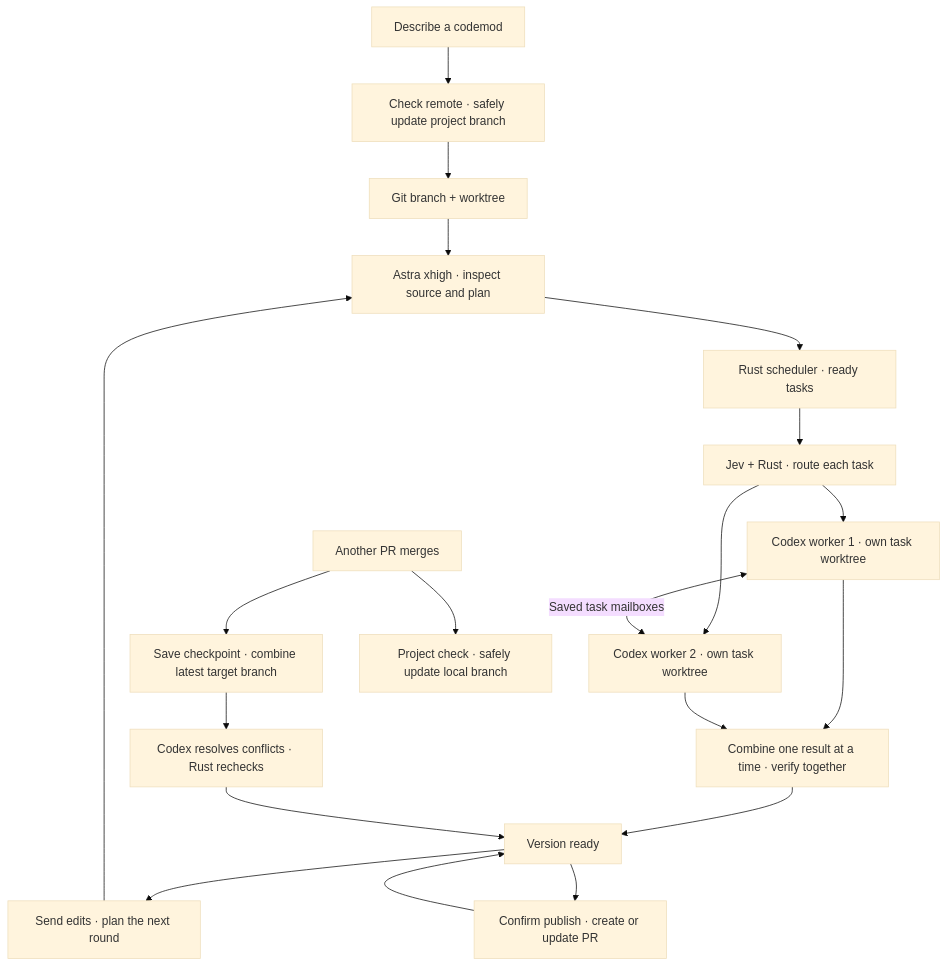
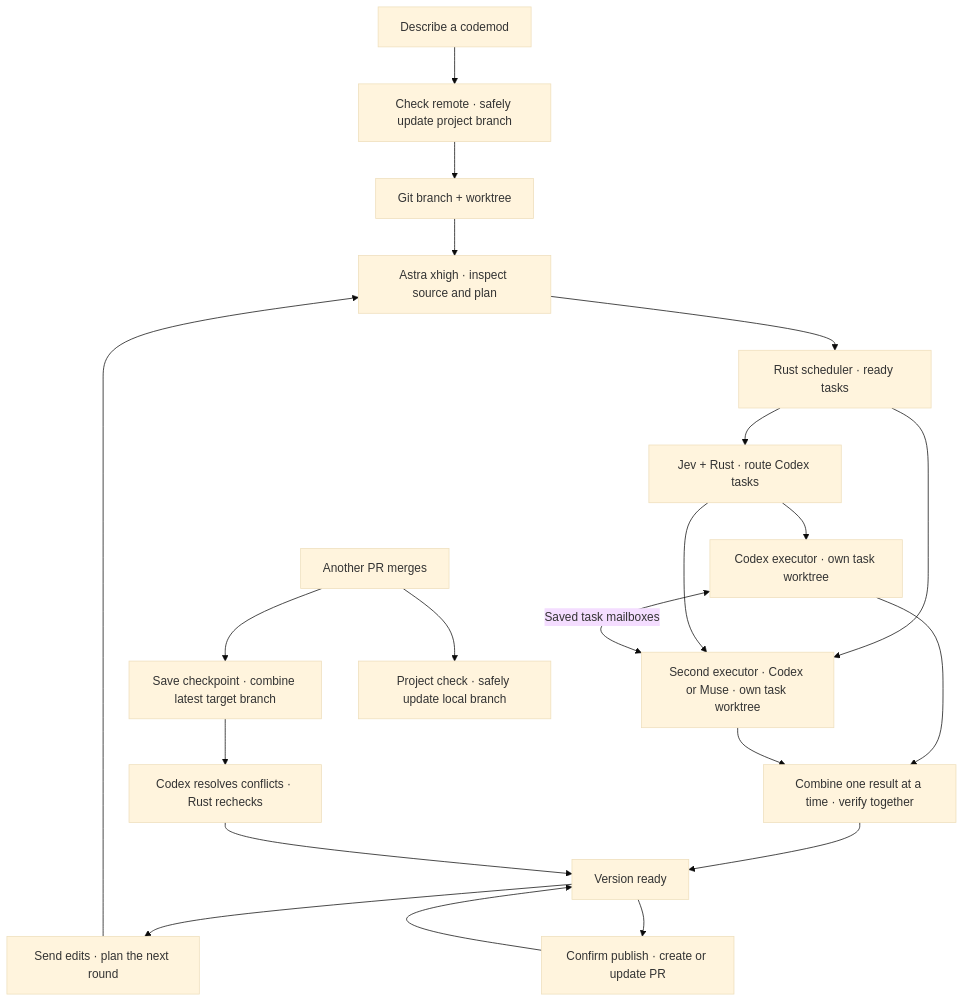
The diagram in README.md (minimumeffort-dev/sprowt.harness), drawn with Mermaid (base theme) before and after one commit. The commit also changed other lines of this file and 24 other files, not shown here.

````diff
--- a/README.md
+++ b/README.md
@@ -36,22 +36,23 @@
 ```mermaid
 flowchart TB
     goal["Describe a codemod"] --> sync["Check remote · safely update project branch"]
     sync --> setup["Git branch + worktree"]
     setup --> planner["Astra xhigh · inspect source and plan"]
     planner --> schedule["Rust scheduler · ready tasks"]
-    schedule --> route["Jev + Rust · route each task"]
-    route --> first["Codex worker 1 · own task worktree"]
-    route --> second["Codex worker 2 · own task worktree"]
+    schedule --> route["Jev + Rust · route Codex tasks"]
+    route --> first["Codex executor · own task worktree"]
+    schedule --> second["Second executor · Codex or Muse · own task worktree"]
+    route --> second
     first <-->|"Saved task mailboxes"| second
     first --> combine["Combine one result at a time · verify together"]
     second --> combine
     combine --> ready["Version ready"]
     ready --> edits["Send edits · plan the next round"]
     edits --> planner
     ready --> publish["Confirm publish · create or update PR"]
     publish --> ready
     upstream["Another PR merges"] --> update["Save checkpoint · combine latest target branch"]
     upstream --> local["Project check · safely update local branch"]
     update --> verify["Codex resolves conflicts · Rust rechecks"]
     verify --> ready
 ```
````
